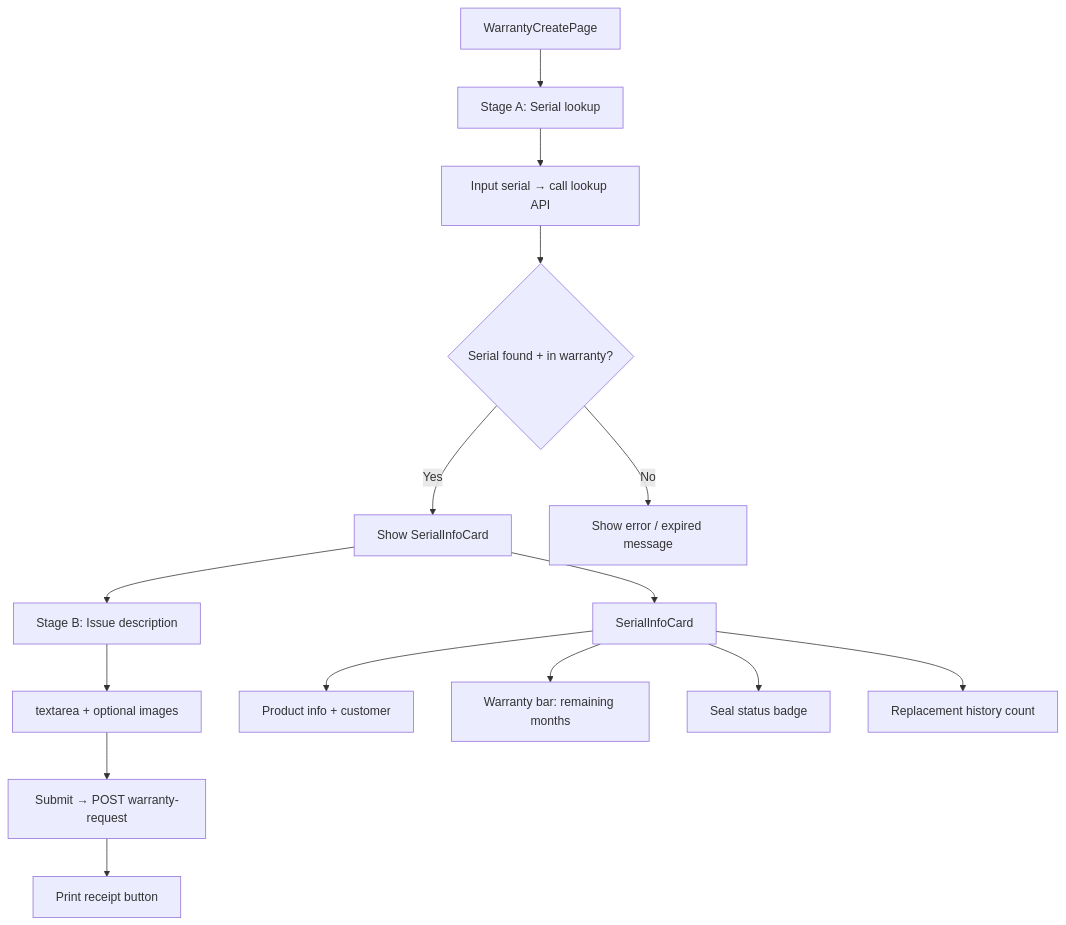
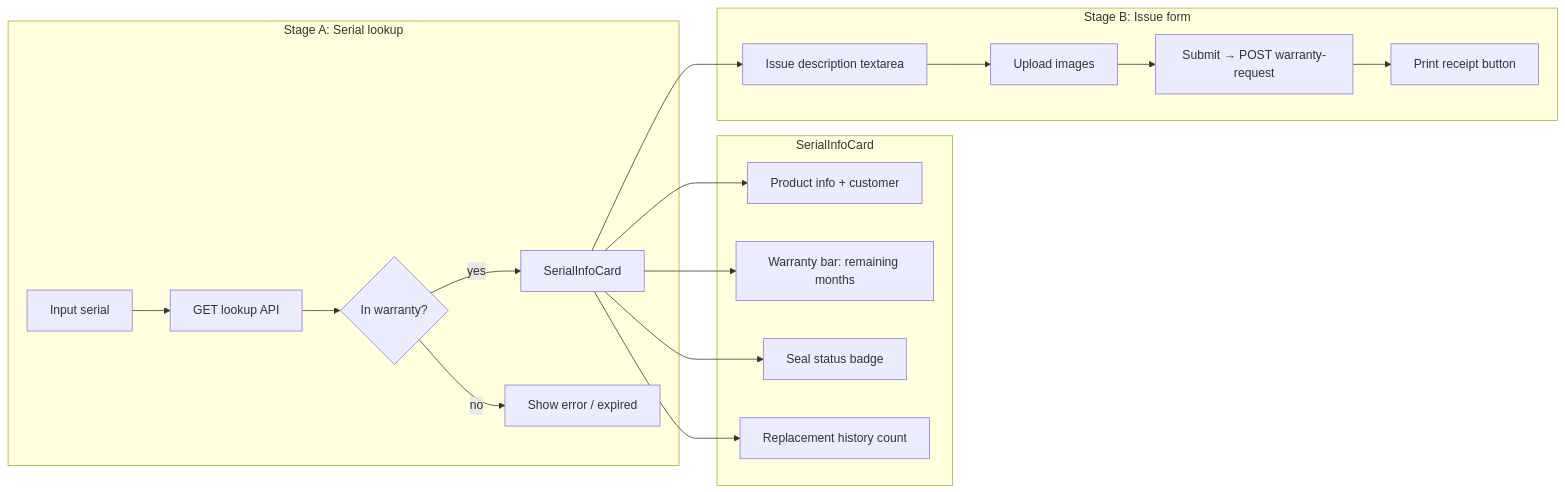
The first of 3 diagrams in docs/flows/fe/07-warranty-flow.md (Java-Inventory-Management-System/Projects), drawn with Mermaid before and after one commit. The commit also changed other lines of this file and 3 other files, not shown here.

Commit message:
docs: reorganise FE mermaid diagrams — clean subgraph layout, fix cross-references

````diff
--- a/docs/flows/fe/07-warranty-flow.md
+++ b/docs/flows/fe/07-warranty-flow.md
@@ -29,18 +29,23 @@
 ```mermaid
-graph TD
-    A[WarrantyCreatePage] --> B[Stage A: Serial lookup]
-    B --> C[Input serial → call lookup API]
-    C --> D{Serial found + in warranty?}
-    D -->|Yes| E[Show SerialInfoCard]
-    D -->|No| F[Show error / expired message]
-    E --> G[Stage B: Issue description]
-    G --> H[textarea + optional images]
-    H --> I[Submit → POST warranty-request]
-    I --> J[Print receipt button]
+graph LR
+    subgraph "Stage A: Serial lookup"
+        A1[Input serial] --> A2[GET lookup API]
+        A2 --> A3{In warranty?}
+        A3 -->|yes| A4[SerialInfoCard]
+        A3 -->|no| A5[Show error / expired]
+    end
 
-    E --> K[SerialInfoCard]
-    K --> K1[Product info + customer]
-    K --> K2[Warranty bar: remaining months]
-    K --> K3[Seal status badge]
-    K --> K4[Replacement history count]
+    subgraph "SerialInfoCard"
+        A4 --> C1[Product info + customer]
+        A4 --> C2[Warranty bar: remaining months]
+        A4 --> C3[Seal status badge]
+        A4 --> C4[Replacement history count]
+    end
+
+    subgraph "Stage B: Issue form"
+        A4 --> B1[Issue description textarea]
+        B1 --> B2[Upload images]
+        B2 --> B3[Submit → POST warranty-request]
+        B3 --> B4[Print receipt button]
+    end
 ```
````
